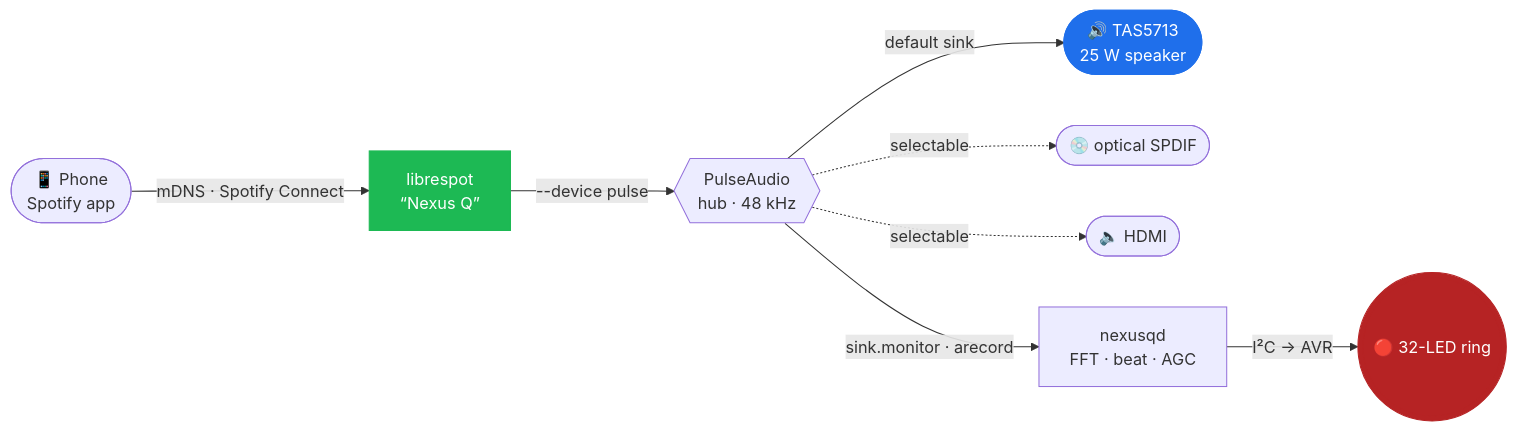
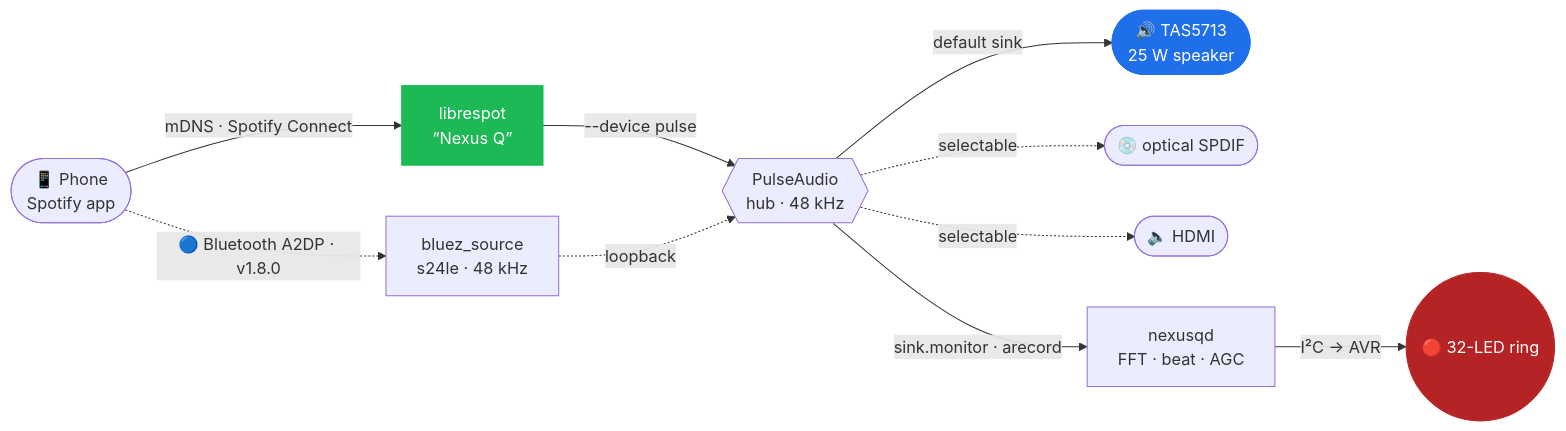
One commit to petronijus/nexusQ-reloaded changed the diagram in README.md. Above: the diagram before and after it, drawn with Mermaid. The commit also changed other lines of this file and 13 other files, not shown here.

````diff
--- a/README.md
+++ b/README.md
@@ -72,14 +72,16 @@
 ```mermaid
 flowchart LR
     P([📱 Phone<br/>Spotify app]) -->|mDNS · Spotify Connect| L[librespot<br/>“Nexus Q”]
+    P -.->|🔵 Bluetooth A2DP · v1.8.0| B[bluez_source<br/>s24le · 48 kHz]
     L -->|--device pulse| PA{{PulseAudio<br/>hub · 48 kHz}}
+    B -.->|loopback| PA
     PA -->|default sink| S([🔊 TAS5713<br/>25 W speaker])
     PA -.->|selectable| SP([💿 optical SPDIF])
     PA -.->|selectable| HD([🔈 HDMI])
     PA -->|sink.monitor · arecord| N[nexusqd<br/>FFT · beat · AGC]
     N -->|I²C → AVR| R(((🔴 32-LED ring)))
 
     style S fill:#1f6feb,stroke:#1f6feb,color:#fff
     style R fill:#b62324,stroke:#b62324,color:#fff
     style L fill:#1db954,stroke:#1db954,color:#fff
 ```
````
